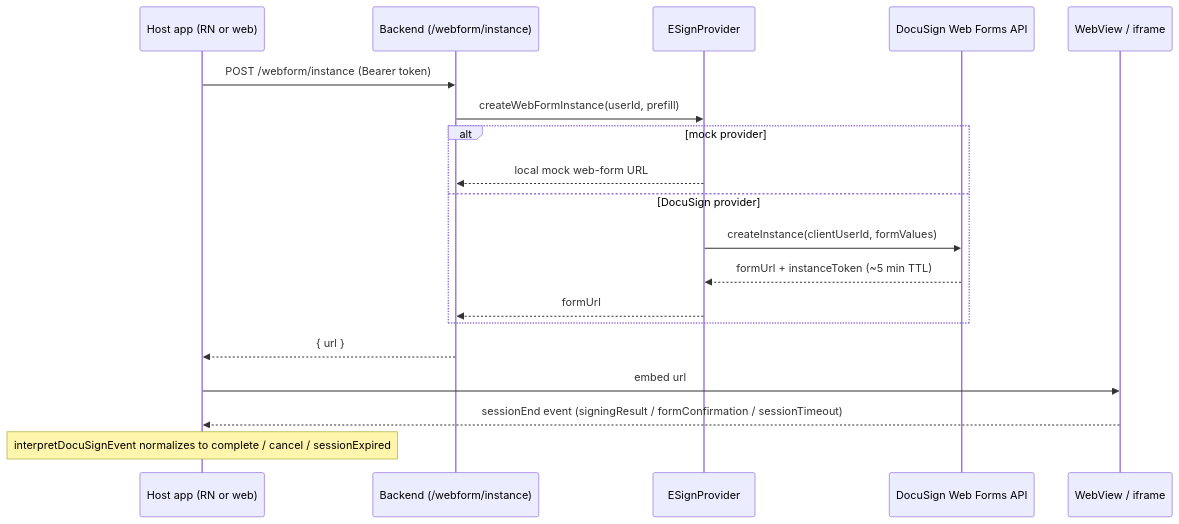
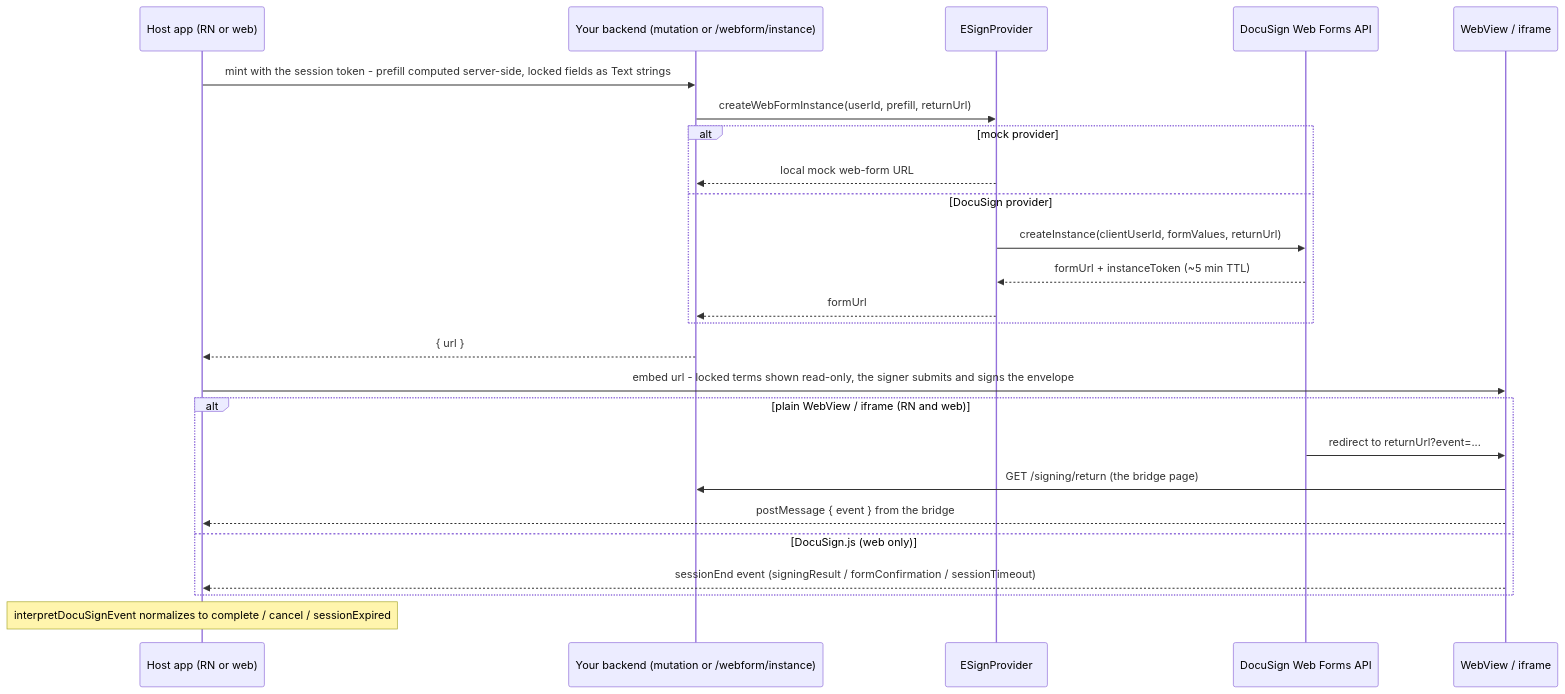
Before and after one commit to blinkbitcoin/esign: the diagram in docs/diagrams/src/webforms-flow.mmd, drawn with Mermaid. The commit also changed 416 other files, not shown here.

First line of the commit message:
feat(server): esign-server package, server examples, live DocuSign verification and hardening (#73)

```diff
--- a/docs/diagrams/src/webforms-flow.mmd
+++ b/docs/diagrams/src/webforms-flow.mmd
@@ -1,20 +1,26 @@
 sequenceDiagram
     participant App as Host app (RN or web)
-    participant BE as Backend (/webform/instance)
+    participant BE as Your backend (mutation or /webform/instance)
     participant PROV as ESignProvider
     participant DS as DocuSign Web Forms API
     participant WV as WebView / iframe
 
-    App->>BE: POST /webform/instance (Bearer token)
-    BE->>PROV: createWebFormInstance(userId, prefill)
+    App->>BE: mint with the session token - prefill computed server-side, locked fields as Text strings
+    BE->>PROV: createWebFormInstance(userId, prefill, returnUrl)
     alt mock provider
         PROV-->>BE: local mock web-form URL
     else DocuSign provider
-        PROV->>DS: createInstance(clientUserId, formValues)
+        PROV->>DS: createInstance(clientUserId, formValues, returnUrl)
         DS-->>PROV: formUrl + instanceToken (~5 min TTL)
         PROV-->>BE: formUrl#instanceToken=...
     end
     BE-->>App: { url }
-    App->>WV: embed url
-    WV-->>App: sessionEnd event (signingResult / formConfirmation / sessionTimeout)
+    App->>WV: embed url - locked terms shown read-only, the signer submits and signs the envelope
+    alt plain WebView / iframe (RN and web)
+        DS->>WV: redirect to returnUrl?event=...
+        WV->>BE: GET /signing/return (the bridge page)
+        WV-->>App: postMessage { event } from the bridge
+    else DocuSign.js (web only)
+        WV-->>App: sessionEnd event (signingResult / formConfirmation / sessionTimeout)
+    end
     Note over App: interpretDocuSignEvent normalizes to complete / cancel / sessionExpired
```
